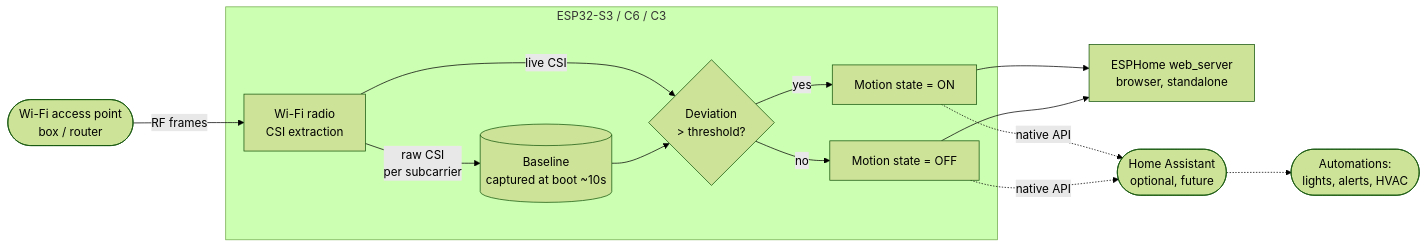
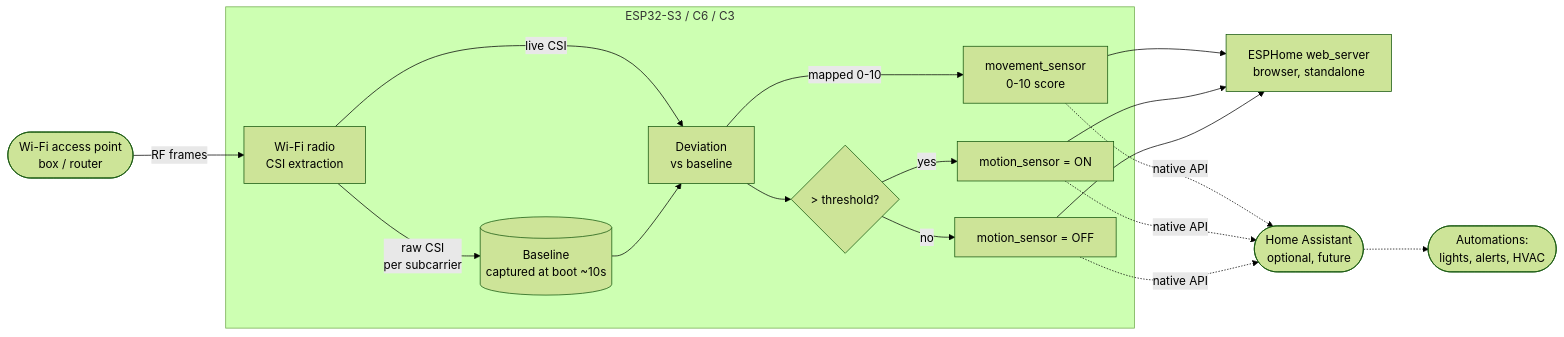
Before and after one commit to benoit-bremaud/espectre-lab: the diagram in docs/architecture/diagrams/wifi-sensing/06-data-flow.md, drawn with Mermaid (forest theme). The commit also changed other lines of this file and 8 other files, not shown here.

First line of the commit message:
docs(uml): document the movement_sensor 0-10 score (closes #2) (#4)

````diff
--- a/docs/architecture/diagrams/wifi-sensing/06-data-flow.md
+++ b/docs/architecture/diagrams/wifi-sensing/06-data-flow.md
@@ -6,18 +6,22 @@
 ```mermaid
 flowchart LR
     AP([Wi-Fi access point<br/>box / router]) -->|RF frames| ANT
 
     subgraph ESP[ESP32-S3 / C6 / C3]
         ANT[Wi-Fi radio<br/>CSI extraction] -->|raw CSI<br/>per subcarrier| BASE[(Baseline<br/>captured at boot ~10s)]
-        ANT -->|live CSI| CMP{Deviation<br/>> threshold?}
-        BASE --> CMP
-        CMP -->|yes| MOT[Motion state = ON]
-        CMP -->|no| MOT2[Motion state = OFF]
+        ANT -->|live CSI| DEV[Deviation<br/>vs baseline]
+        BASE --> DEV
+        DEV -->|mapped 0-10| SCORE[movement_sensor<br/>0-10 score]
+        DEV --> CMP{> threshold?}
+        CMP -->|yes| MOT[motion_sensor = ON]
+        CMP -->|no| MOT2[motion_sensor = OFF]
     end
 
-    MOT --> WS[ESPHome web_server<br/>browser, standalone]
+    SCORE --> WS[ESPHome web_server<br/>browser, standalone]
+    MOT --> WS
     MOT2 --> WS
-    MOT -.native API.-> HA([Home Assistant<br/>optional, future])
+    SCORE -.native API.-> HA([Home Assistant<br/>optional, future])
+    MOT -.native API.-> HA
     MOT2 -.native API.-> HA
     HA -.-> AUTO([Automations:<br/>lights, alerts, HVAC])
 ```
````
